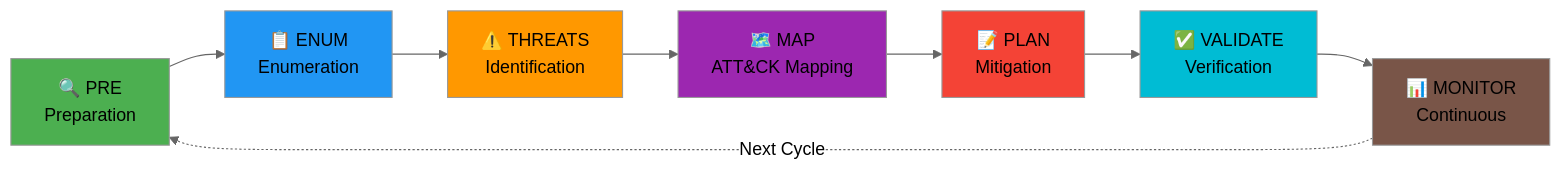
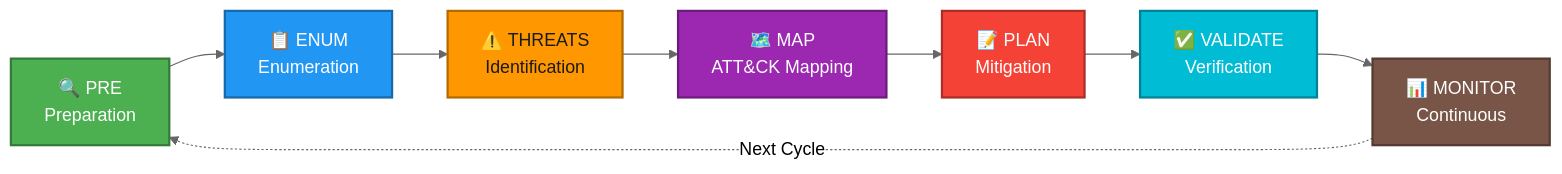
Diagram 11 of 21 in api-markdown/documents/THREAT_MODEL.md (Hack23/European-Parliament-MCP-Server), drawn with Mermaid (neutral theme) before and after one commit. The commit also changed other lines of this file and 1837 other files, not shown here.

````diff
--- a/api-markdown/documents/THREAT_MODEL.md
+++ b/api-markdown/documents/THREAT_MODEL.md
@@ -1004,18 +1059,25 @@
 ```mermaid
 graph LR
     PRE[🔍 PRE<br/>Preparation] --> ENUM[📋 ENUM<br/>Enumeration]
     ENUM --> THREATS[⚠️ THREATS<br/>Identification]
     THREATS --> MAP[🗺️ MAP<br/>ATT&CK Mapping]
     MAP --> PLAN[📝 PLAN<br/>Mitigation]
     PLAN --> VALIDATE[✅ VALIDATE<br/>Verification]
     VALIDATE --> MONITOR[📊 MONITOR<br/>Continuous]
     MONITOR -.->|Next Cycle| PRE
 
-    style PRE fill:#4CAF50
-    style ENUM fill:#2196F3
-    style THREATS fill:#FF9800
-    style MAP fill:#9C27B0
-    style PLAN fill:#F44336
-    style VALIDATE fill:#00BCD4
-    style MONITOR fill:#795548
+    style PRE fill:#4CAF50,stroke:#357a38,stroke-width:2px,color:#ffffff
+
+    style ENUM fill:#2196F3,stroke:#1769aa,stroke-width:2px,color:#ffffff
+
+    style THREATS fill:#FF9800,stroke:#b26a00,stroke-width:2px,color:#1a1a1a
+
+    style MAP fill:#9C27B0,stroke:#6d1b7b,stroke-width:2px,color:#ffffff
+
+    style PLAN fill:#F44336,stroke:#aa2e25,stroke-width:2px,color:#ffffff
+
+    style VALIDATE fill:#00BCD4,stroke:#008394,stroke-width:2px,color:#ffffff
+
+    style MONITOR fill:#795548,stroke:#543b32,stroke-width:2px,color:#ffffff
+
 ```
````
